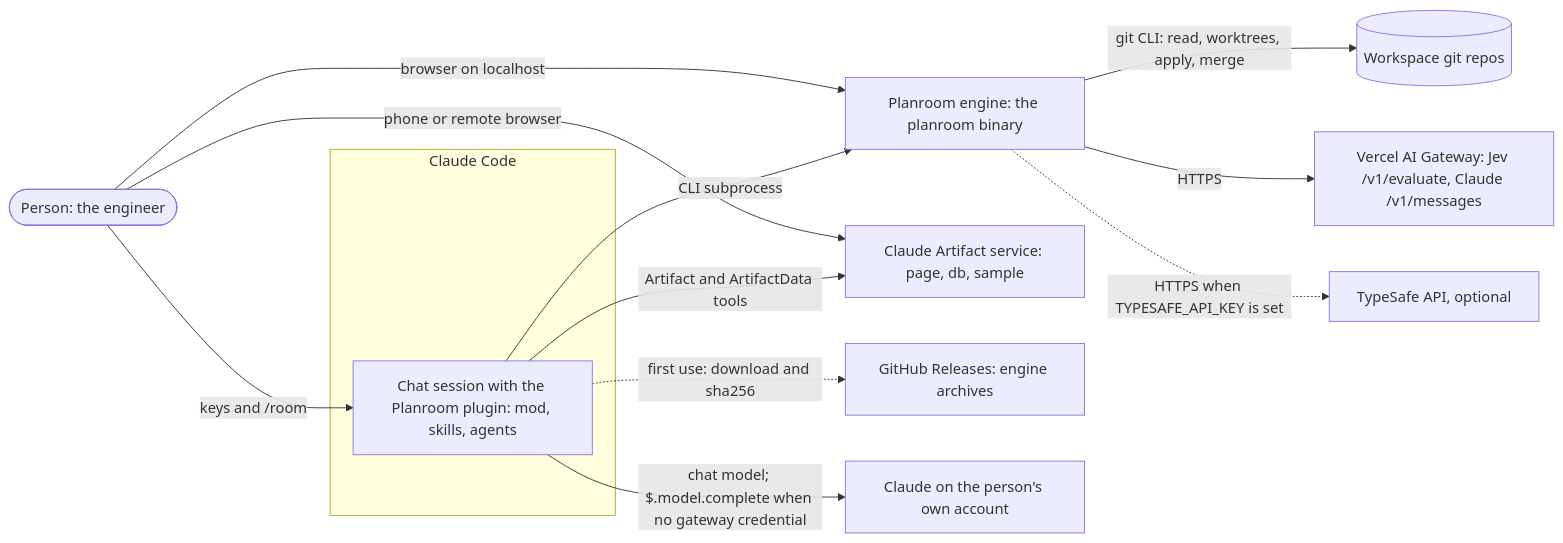
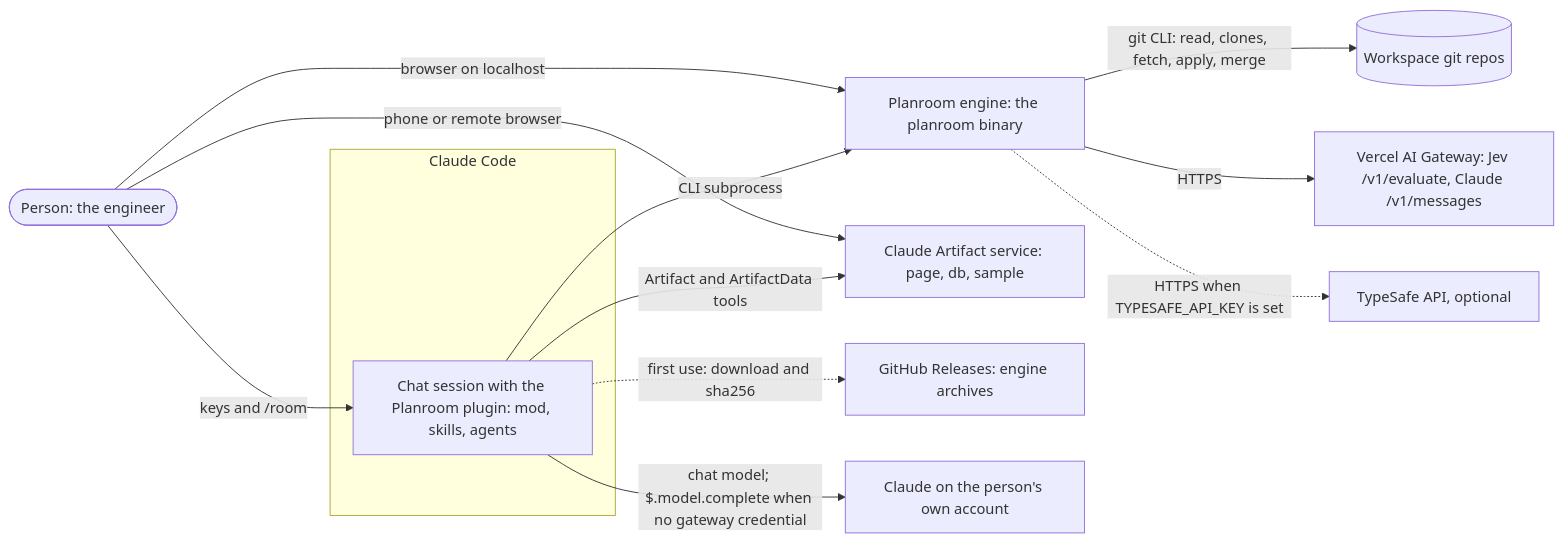
Before and after one commit to doodla/planroom: the first of 7 diagrams in docs/contributing/architecture.md, drawn with Mermaid. The commit also changed other lines of this file and 11 other files, not shown here.

First line of the commit message:
Architecture review round 2: apply the fixes, owner follow-ups in DR-72

````diff
--- a/docs/contributing/architecture.md
+++ b/docs/contributing/architecture.md
@@ -81,24 +81,24 @@
 ```mermaid
 flowchart LR
   person(["Person: the engineer"])
   subgraph cc["Claude Code"]
     session["Chat session with the Planroom plugin: mod, skills, agents"]
   end
   engine["Planroom engine: the planroom binary"]
   repos[("Workspace git repos")]
   gw["Vercel AI Gateway: Jev /v1/evaluate, Claude /v1/messages"]
   tsapi["TypeSafe API, optional"]
   art["Claude Artifact service: page, db, sample"]
   gh["GitHub Releases: engine archives"]
   acct["Claude on the person's own account"]
   person -- "keys and /room" --> session
   person -- "browser on localhost" --> engine
   person -- "phone or remote browser" --> art
   session -- "CLI subprocess" --> engine
   session -- "Artifact and ArtifactData tools" --> art
   session -- "chat model; $.model.complete when no gateway credential" --> acct
-  engine -- "git CLI: read, worktrees, apply, merge" --> repos
+  engine -- "git CLI: read, clones, fetch, apply, merge" --> repos
   engine -- "HTTPS" --> gw
   engine -. "HTTPS when TYPESAFE_API_KEY is set" .-> tsapi
   session -. "first use: download and sha256" .-> gh
 ```
````
